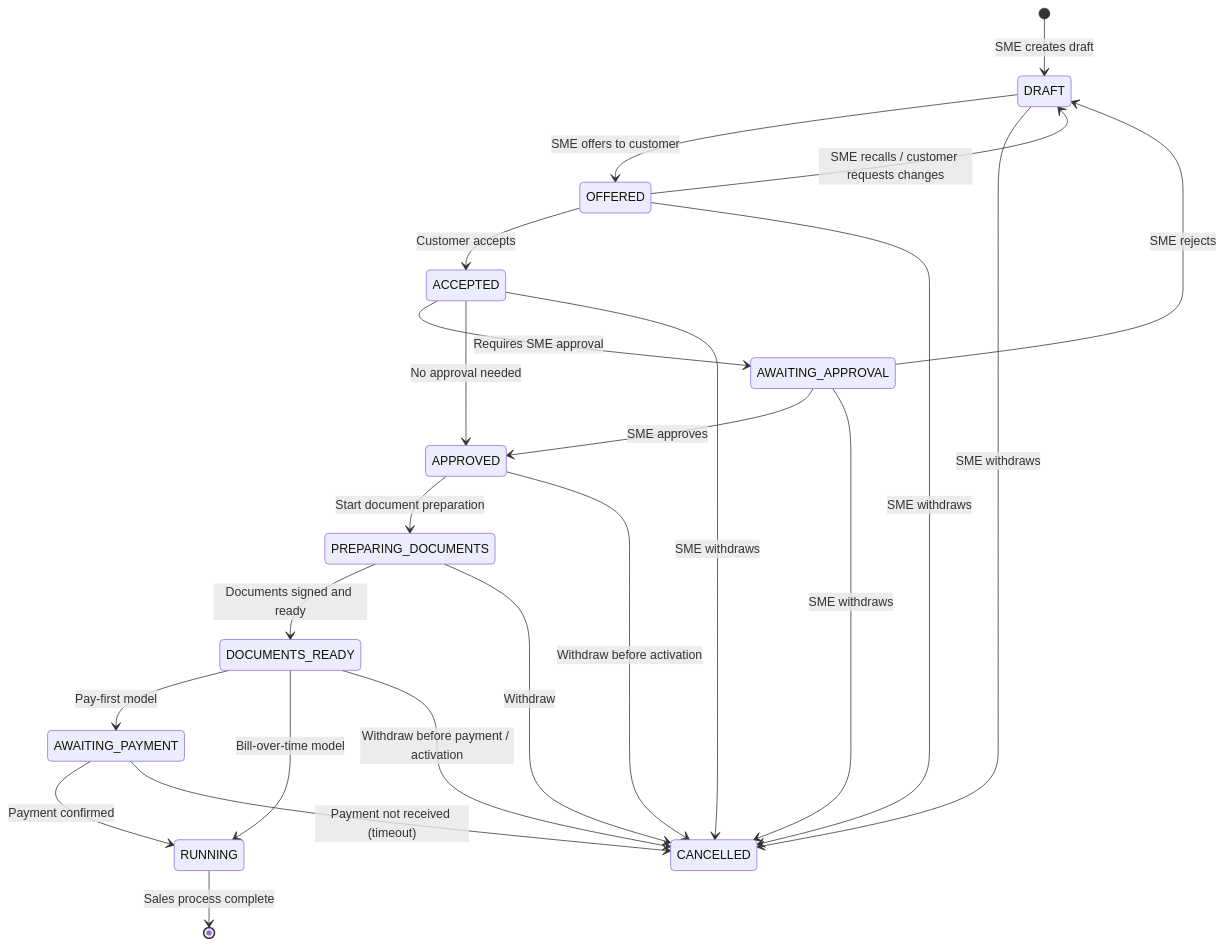
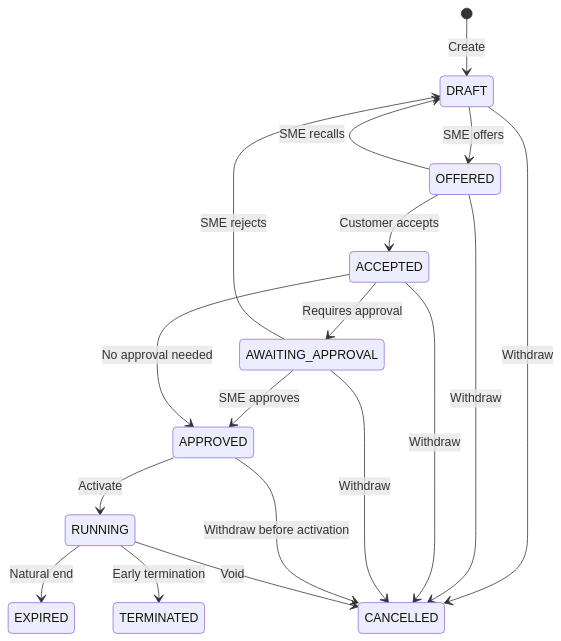
One commit to abstratium-dev/abstrapact changed the second of 2 diagrams in docs/DESIGN_OF_SALES_PROCESS.md. Above: the diagram before and after it, drawn with Mermaid. The commit also changed other lines of this file and 46 other files, not shown here.

````diff
--- a/docs/DESIGN_OF_SALES_PROCESS.md
+++ b/docs/DESIGN_OF_SALES_PROCESS.md
@@ -79,30 +45,20 @@
 ```mermaid
 stateDiagram-v2
-    [*] --> DRAFT : SME creates draft
-    DRAFT --> OFFERED : SME offers to customer
-    OFFERED --> DRAFT : SME recalls / customer requests changes
+    [*] --> DRAFT : Create
+    DRAFT --> OFFERED : SME offers
+    OFFERED --> DRAFT : SME recalls
     OFFERED --> ACCEPTED : Customer accepts
-    ACCEPTED --> AWAITING_APPROVAL : Requires SME approval
+    ACCEPTED --> AWAITING_APPROVAL : Requires approval
     AWAITING_APPROVAL --> APPROVED : SME approves
     AWAITING_APPROVAL --> DRAFT : SME rejects
     ACCEPTED --> APPROVED : No approval needed
-
-    APPROVED --> PREPARING_DOCUMENTS : Start document preparation
-    PREPARING_DOCUMENTS --> DOCUMENTS_READY : Documents signed and ready
-
-    DOCUMENTS_READY --> AWAITING_PAYMENT : Pay-first model
-    AWAITING_PAYMENT --> RUNNING : Payment confirmed
-    AWAITING_PAYMENT --> CANCELLED : Payment not received (timeout)
-
-    DOCUMENTS_READY --> RUNNING : Bill-over-time model
-
-    RUNNING --> [*] : Sales process complete
-
-    DRAFT --> CANCELLED : SME withdraws
-    OFFERED --> CANCELLED : SME withdraws
-    ACCEPTED --> CANCELLED : SME withdraws
-    AWAITING_APPROVAL --> CANCELLED : SME withdraws
+    APPROVED --> RUNNING : Activate
+    RUNNING --> EXPIRED : Natural end
+    RUNNING --> TERMINATED : Early termination
+    DRAFT --> CANCELLED : Withdraw
+    OFFERED --> CANCELLED : Withdraw
+    ACCEPTED --> CANCELLED : Withdraw
+    AWAITING_APPROVAL --> CANCELLED : Withdraw
     APPROVED --> CANCELLED : Withdraw before activation
-    PREPARING_DOCUMENTS --> CANCELLED : Withdraw
-    DOCUMENTS_READY --> CANCELLED : Withdraw before payment / activation
+    RUNNING --> CANCELLED : Void
 ```
````
